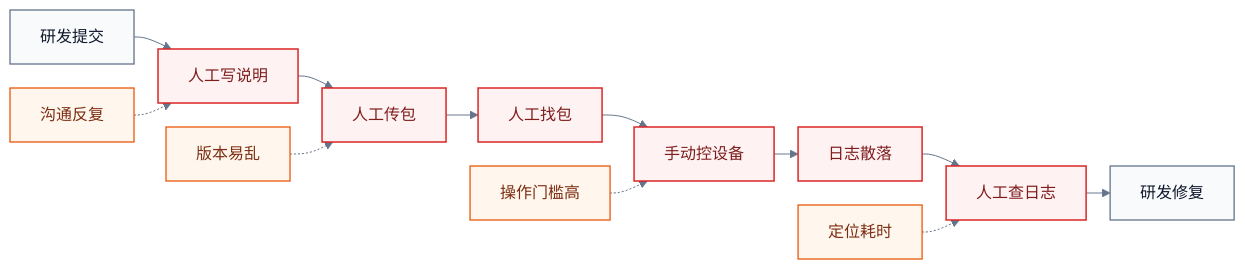
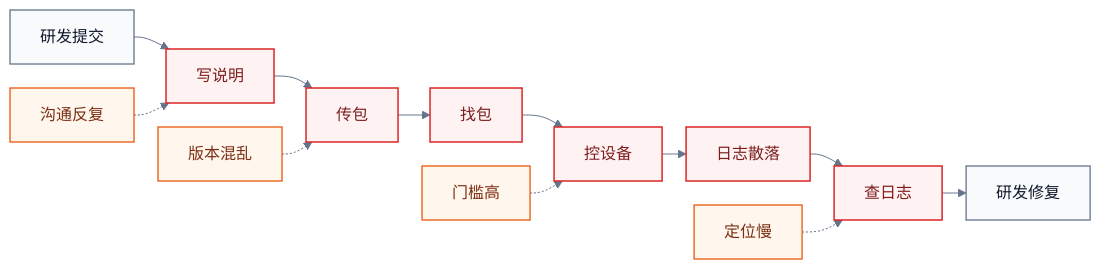
Before and after one commit to visiontrail/RavenAI: the first of 4 diagrams in README.zh.md, drawn with Mermaid. The commit also changed other lines of this file and 1 other file, not shown here.

Commit message:
chore: refine flowchart descriptions and terminology in README files

````diff
--- a/README.zh.md
+++ b/README.zh.md
@@ -26,26 +26,26 @@
 ```mermaid
 %%{init: {"theme": "base", "flowchart": {"htmlLabels": true, "nodeSpacing": 24, "rankSpacing": 24, "curve": "basis"}, "themeVariables": {"fontFamily": "Arial, Microsoft YaHei", "primaryTextColor": "#0F172A", "lineColor": "#64748B"}}}%%
 
 flowchart LR
 
-A["研发提交"] --> B["人工写说明"]
-B --> C["人工传包"]
-C --> D["人工找包"]
-D --> E["手动控设备"]
+A["研发提交"] --> B["写说明"]
+B --> C["传包"]
+C --> D["找包"]
+D --> E["控设备"]
 E --> F["日志散落"]
-F --> G["人工查日志"]
+F --> G["查日志"]
 G --> H["研发修复"]
 
 P1["沟通反复"] -.-> B
-P2["版本易乱"] -.-> C
-P3["操作门槛高"] -.-> E
-P4["定位耗时"] -.-> G
+P2["版本混乱"] -.-> C
+P3["门槛高"] -.-> E
+P4["定位慢"] -.-> G
 
 classDef normal fill:#F8FAFC,stroke:#64748B,stroke-width:1.3px,color:#0F172A;
 classDef manual fill:#FEF2F2,stroke:#DC2626,stroke-width:1.5px,color:#7F1D1D;
 classDef pain fill:#FFF7ED,stroke:#EA580C,stroke-width:1.3px,color:#7C2D12;
 
 class A,H normal;
 class B,C,D,E,F,G manual;
 class P1,P2,P3,P4 pain;
 ```
````
